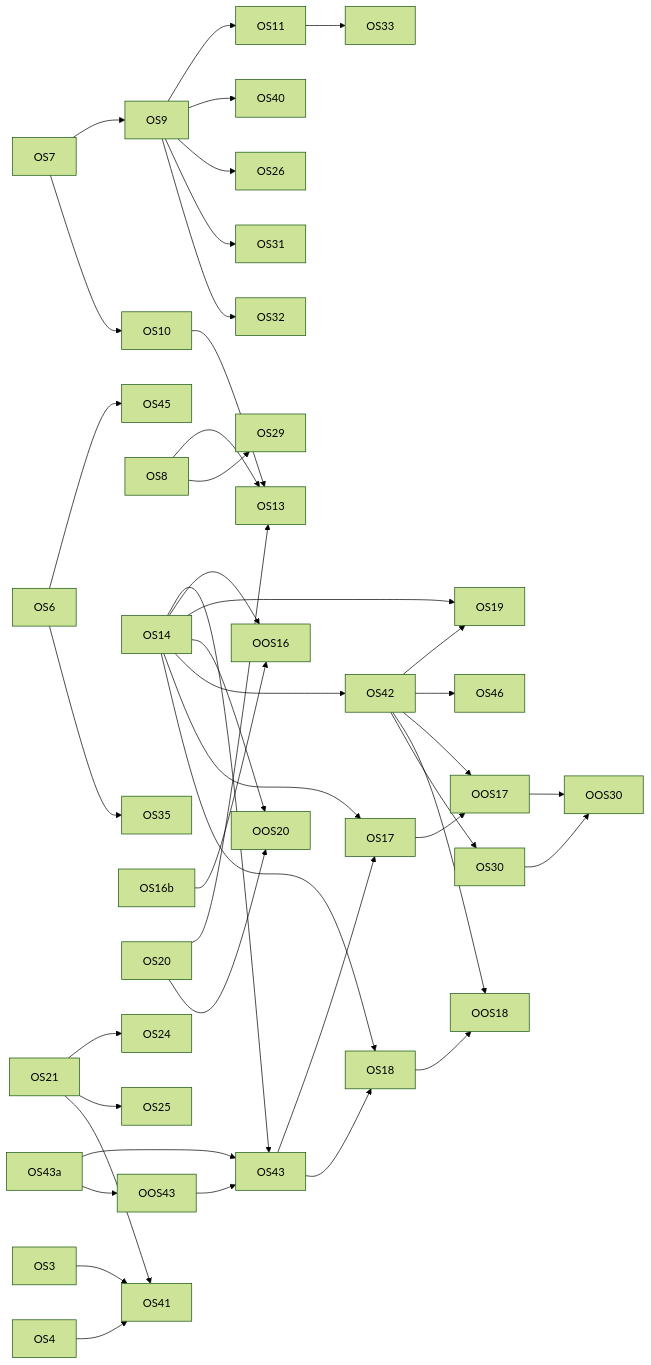
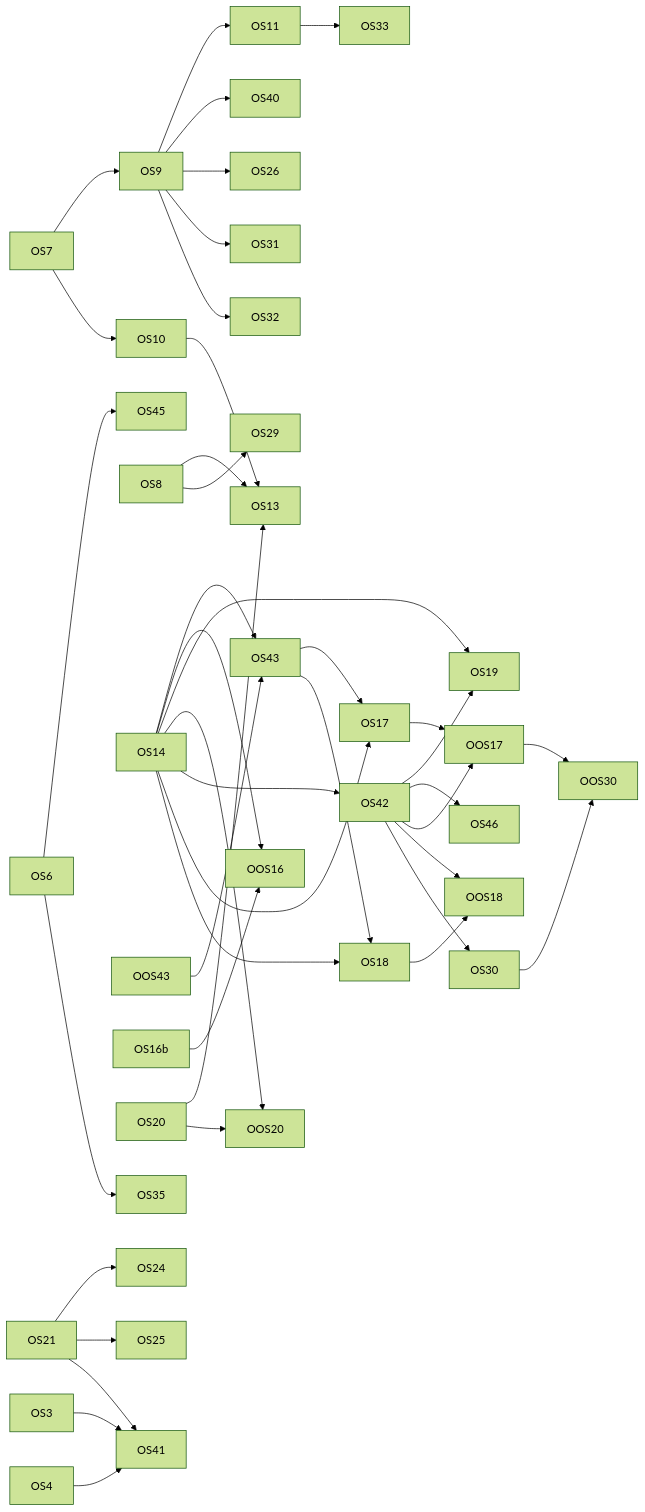
The diagram in PLAN_ORGANIC_SEARCH.md (diy-accounting-uk/submit.diyaccounting.co.uk), drawn with Mermaid (forest theme) before and after one commit. The commit also changed other lines of this file and 1 other file, not shown here.

First line of the commit message:
Board: the reviewer sign-in design is OS43's brief; OOS43 is one secret

````diff
--- a/PLAN_ORGANIC_SEARCH.md
+++ b/PLAN_ORGANIC_SEARCH.md
@@ -919,45 +918,43 @@
 ```mermaid
 flowchart LR
   OS6 --> OS45
   OS7 --> OS9
   OS7 --> OS10
   OS9 --> OS11
   OS9 --> OS40
   OS8 --> OS13
   OS14 --> OS43
-  OS43a --> OS43
-  OS43a --> OOS43
   OOS43 --> OS43
   OS16b --> OOS16
   OS14 --> OOS16
   OS14 --> OS19
   OS42 --> OS19
   OS10 --> OS13
   OS20 --> OS13
   OS14 --> OOS20
   OS20 --> OOS20
   OS14 --> OS42
   OS42 --> OS46
   OS14 --> OS17
   OS43 --> OS17
   OS17 --> OOS17
   OS42 --> OOS17
   OS14 --> OS18
   OS43 --> OS18
   OS18 --> OOS18
   OS42 --> OOS18
   OS21 --> OS24
   OS21 --> OS25
   OS9 --> OS26
   OS8 --> OS29
   OS42 --> OS30
   OS30 --> OOS30
   OOS17 --> OOS30
   OS9 --> OS31
   OS9 --> OS32
   OS11 --> OS33
   OS6 --> OS35
   OS3 --> OS41
   OS4 --> OS41
   OS21 --> OS41
 ```
````
